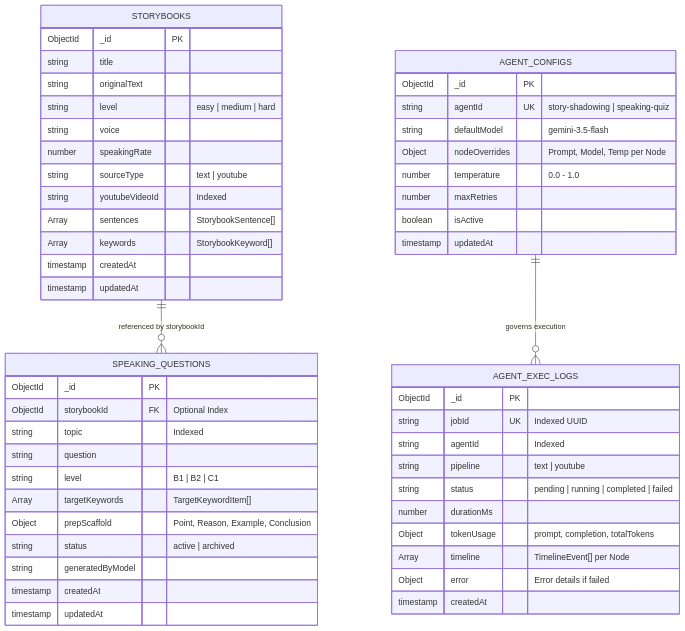
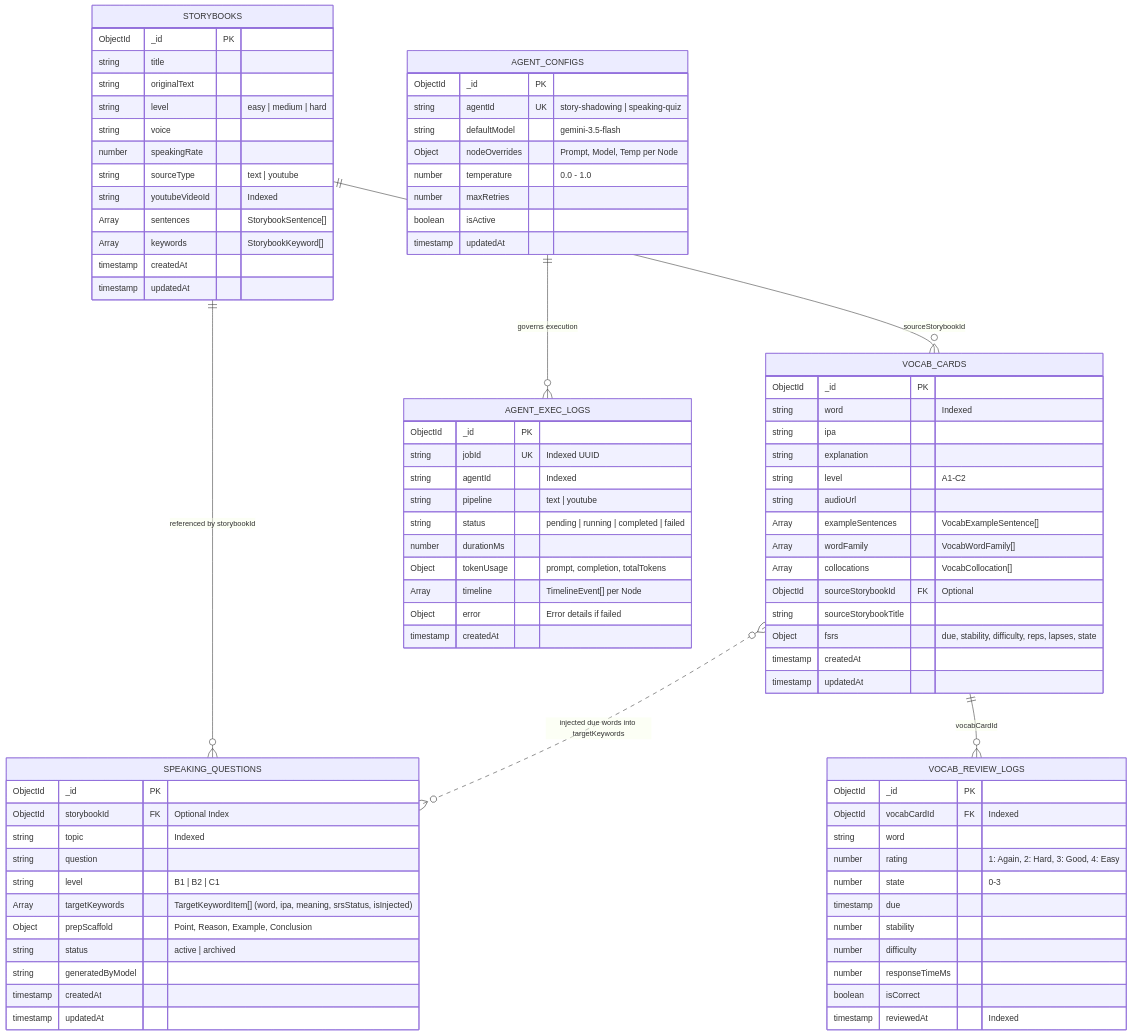
One commit to vuanhtu1993/aha-mind-agents changed the diagram in requirements/global/domain-models.md. Above: the diagram before and after it, drawn with Mermaid. The commit also changed other lines of this file and 9 other files, not shown here.

Commit message:
docs(requirements): add vocab-review module specs and update speaking-quiz specs

```diff
--- a/requirements/global/domain-models.md
+++ b/requirements/global/domain-models.md
@@ -29,6 +32,10 @@
 erDiagram
     %% DATABASE: aha-tools (Production Learning Data)
     STORYBOOKS ||--o{ SPEAKING_QUESTIONS : "referenced by storybookId"
+    STORYBOOKS ||--o{ VOCAB_CARDS : "sourceStorybookId"
+    VOCAB_CARDS ||--o{ VOCAB_REVIEW_LOGS : "vocabCardId"
+    VOCAB_CARDS }o..o{ SPEAKING_QUESTIONS : "injected due words into targetKeywords"
+
     STORYBOOKS {
         ObjectId _id PK
         string title
@@ -50,12 +57,43 @@
         string topic "Indexed"
         string question
         string level "B1 | B2 | C1"
-        Array targetKeywords "TargetKeywordItem[]"
+        Array targetKeywords "TargetKeywordItem[] (word, ipa, meaning, srsStatus, isInjected)"
         Object prepScaffold "Point, Reason, Example, Conclusion"
         string status "active | archived"
         string generatedByModel
         timestamp createdAt
         timestamp updatedAt
+    }
+
+    VOCAB_CARDS {
+        ObjectId _id PK
+        string word "Indexed"
+        string ipa
+        string explanation
+        string level "A1-C2"
+        string audioUrl
+        Array exampleSentences "VocabExampleSentence[]"
+        Array wordFamily "VocabWordFamily[]"
+        Array collocations "VocabCollocation[]"
+        ObjectId sourceStorybookId FK "Optional"
+        string sourceStorybookTitle
+        Object fsrs "due, stability, difficulty, reps, lapses, state"
+        timestamp createdAt
+        timestamp updatedAt
+    }
+
+    VOCAB_REVIEW_LOGS {
+        ObjectId _id PK
+        ObjectId vocabCardId FK "Indexed"
+        string word
+        number rating "1: Again, 2: Hard, 3: Good, 4: Easy"
+        number state "0-3"
+        timestamp due
+        number stability
+        number difficulty
+        number responseTimeMs
+        boolean isCorrect
+        timestamp reviewedAt "Indexed"
     }
 
     %% DATABASE: aha-mind (Management & Observability Data)
```
